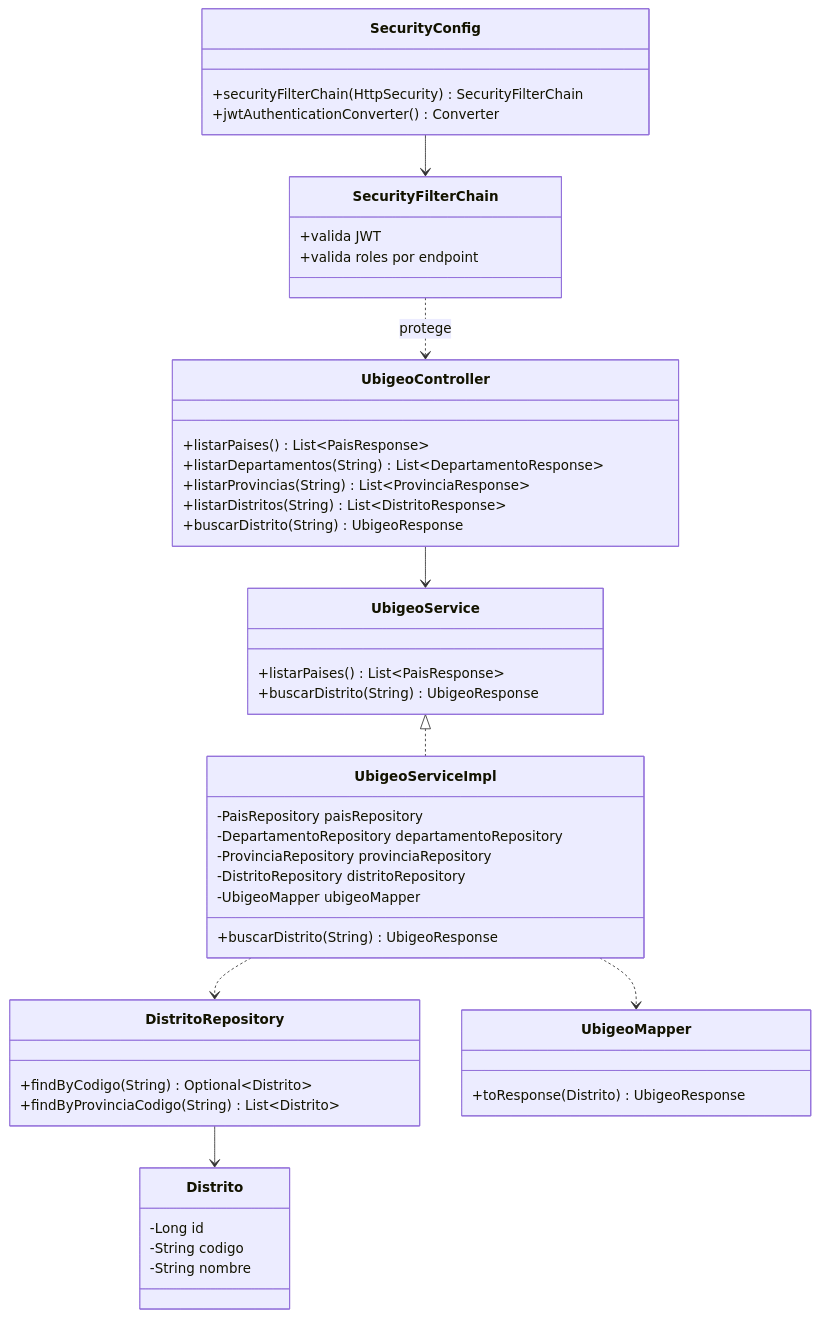
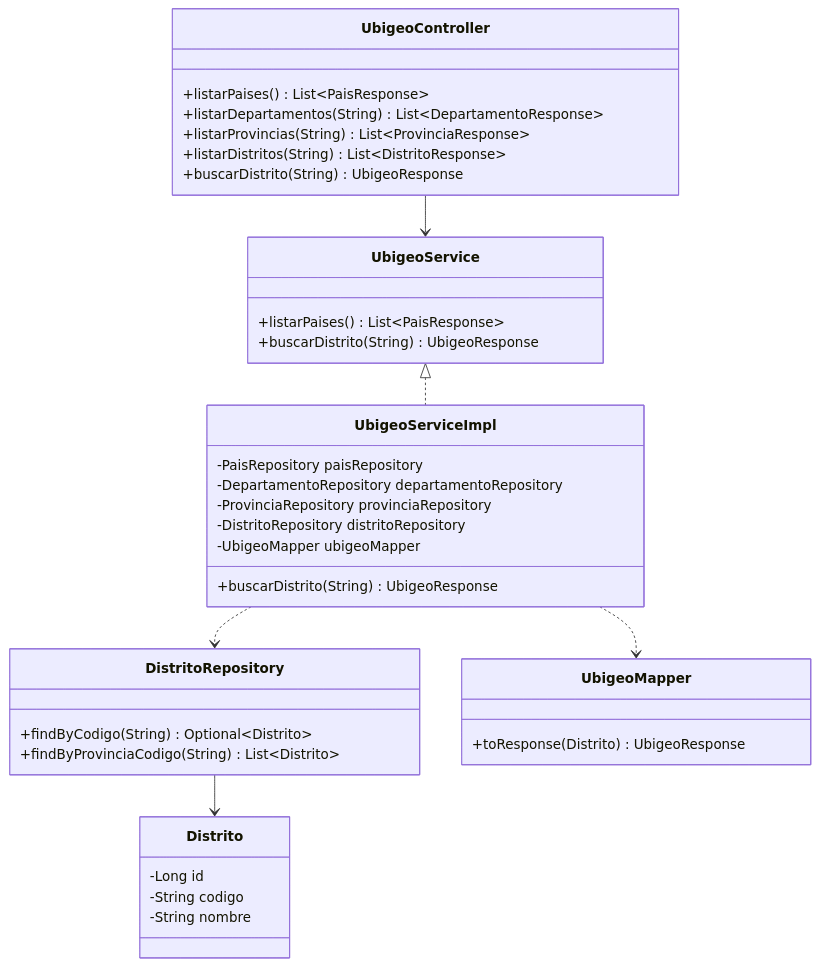
One commit to 262dist/pagatu changed diagram 11 of 15 in README_02_ARQUITECTURA_DETALLADA.md. Above: the diagram before and after it, drawn with Mermaid. The commit also changed other lines of this file, not shown here.

````diff
--- a/README_02_ARQUITECTURA_DETALLADA.md
+++ b/README_02_ARQUITECTURA_DETALLADA.md
@@ -483,57 +483,45 @@
 ```mermaid
 classDiagram
-    class SecurityConfig {
-        +securityFilterChain(HttpSecurity) SecurityFilterChain
-        +jwtAuthenticationConverter() Converter
-    }
-
-    class SecurityFilterChain {
-        +valida JWT
-        +valida roles por endpoint
-    }
-
     class UbigeoController {
         +listarPaises() List~PaisResponse~
         +listarDepartamentos(String) List~DepartamentoResponse~
         +listarProvincias(String) List~ProvinciaResponse~
         +listarDistritos(String) List~DistritoResponse~
         +buscarDistrito(String) UbigeoResponse
     }
 
     class UbigeoService {
         +listarPaises() List~PaisResponse~
         +buscarDistrito(String) UbigeoResponse
     }
 
     class UbigeoServiceImpl {
         -PaisRepository paisRepository
         -DepartamentoRepository departamentoRepository
         -ProvinciaRepository provinciaRepository
         -DistritoRepository distritoRepository
         -UbigeoMapper ubigeoMapper
         +buscarDistrito(String) UbigeoResponse
     }
 
     class DistritoRepository {
         +findByCodigo(String) Optional~Distrito~
         +findByProvinciaCodigo(String) List~Distrito~
     }
 
     class UbigeoMapper {
         +toResponse(Distrito) UbigeoResponse
     }
 
     class Distrito {
         -Long id
         -String codigo
         -String nombre
     }
 
-    SecurityConfig --> SecurityFilterChain
-    SecurityFilterChain ..> UbigeoController : protege
     UbigeoController --> UbigeoService
     UbigeoService <|.. UbigeoServiceImpl
     UbigeoServiceImpl ..> DistritoRepository
     UbigeoServiceImpl ..> UbigeoMapper
     DistritoRepository --> Distrito
 ```
````
